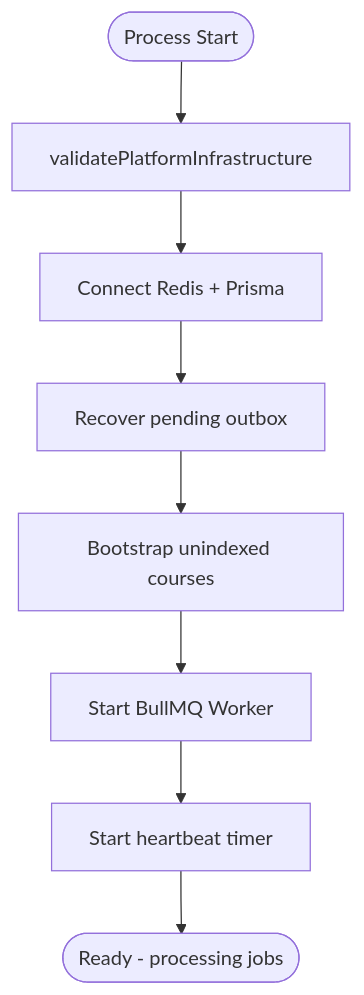
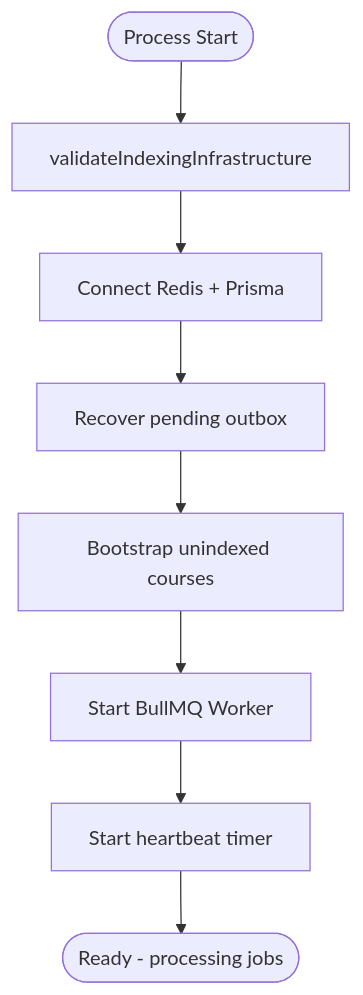
One commit to HodaNabeil/ithra-code changed the third of 3 diagrams in docs/ai-platform/11-workers.md. Above: the diagram before and after it, drawn with Mermaid. The commit also changed other lines of this file and 49 other files, not shown here.

````diff
--- a/docs/ai-platform/11-workers.md
+++ b/docs/ai-platform/11-workers.md
@@ -243,10 +243,10 @@
 ```mermaid
 flowchart TD
-  Start([Process Start]) --> Validate[validatePlatformInfrastructure]
+  Start([Process Start]) --> Validate[validateIndexingInfrastructure]
   Validate --> Connect[Connect Redis + Prisma]
   Connect --> Recover[Recover pending outbox]
   Recover --> Bootstrap[Bootstrap unindexed courses]
   Bootstrap --> Worker[Start BullMQ Worker]
   Worker --> Heartbeat[Start heartbeat timer]
   Heartbeat --> Ready([Ready - processing jobs])
 ```
````
